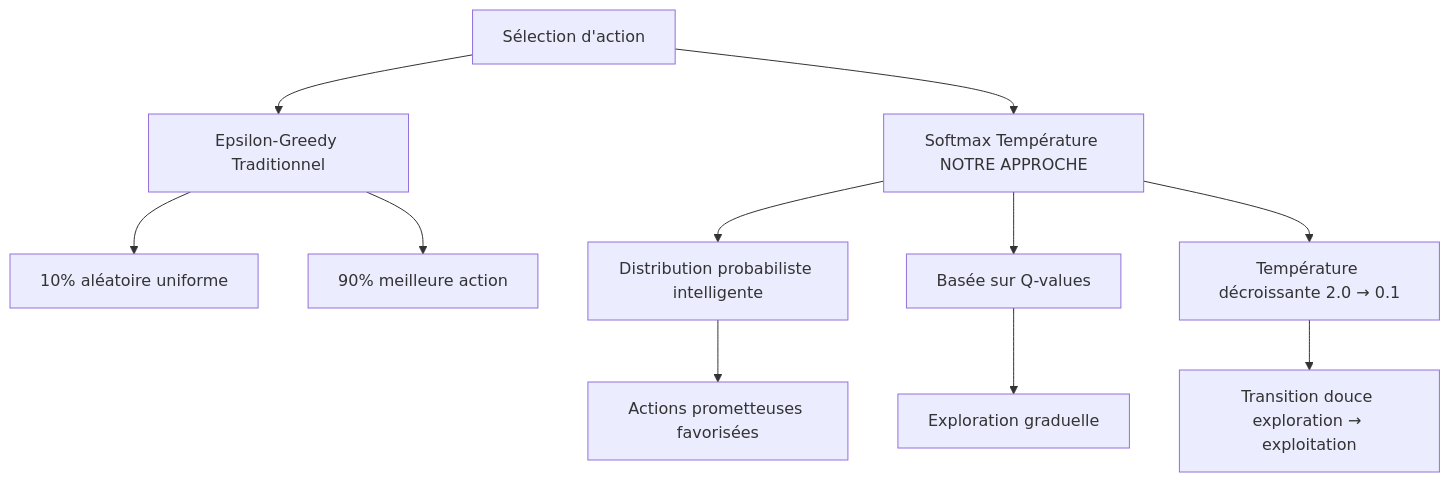
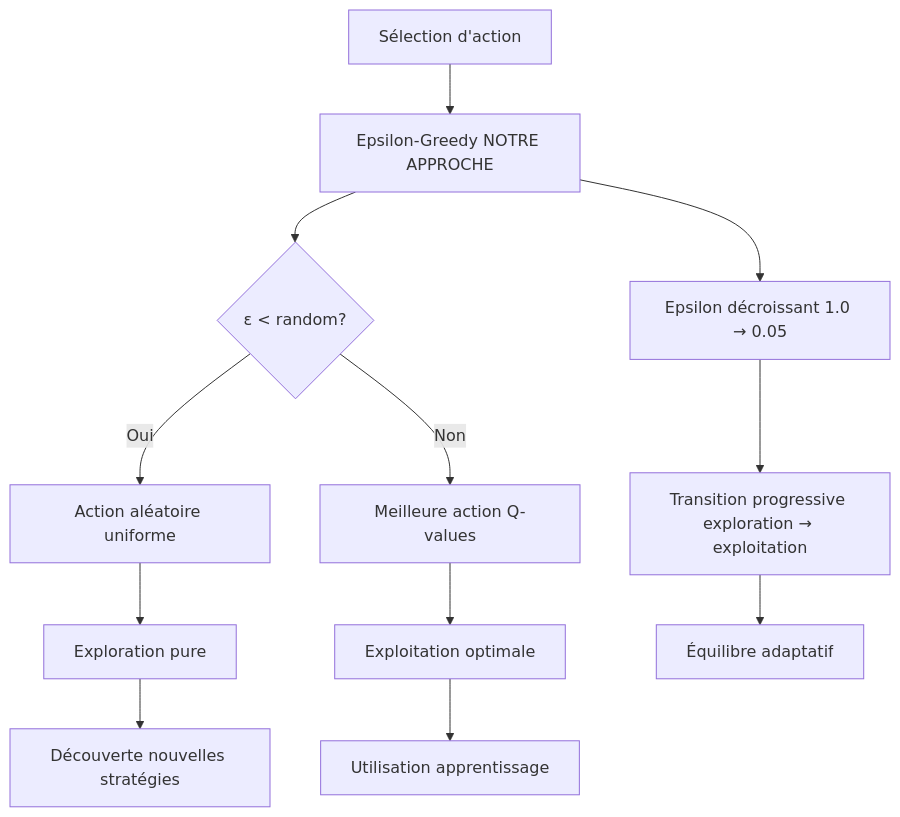
The third of 4 diagrams in README.MD (MatisAgr/DQN_TexasHoldEm_NoLimit), drawn with Mermaid before and after one commit. The commit also changed other lines of this file and 1 other file, not shown here.

Commit message:
Mise à jour de la documentation dans le README et ajustement de la méthode d'entraînement dans DQNAgent pour simplifier l'utilisation des callbacks.

````diff
--- a/README.MD
+++ b/README.MD
@@ -87,16 +101,18 @@
 ```mermaid
 graph TD
-    A[Sélection d'action] --> B[Epsilon-Greedy Traditionnel]
-    A --> C[Softmax Température NOTRE APPROCHE]
+    A[Sélection d'action] --> B[Epsilon-Greedy NOTRE APPROCHE]
     
-    B --> D[10% aléatoire uniforme]
-    B --> E[90% meilleure action]
+    B --> C{ε < random?}
+    C -->|Oui| D[Action aléatoire uniforme]
+    C -->|Non| E[Meilleure action Q-values]
     
-    C --> F[Distribution probabiliste intelligente]
-    C --> G[Basée sur Q-values]
-    C --> H[Température décroissante 2.0 → 0.1]
+    B --> F[Epsilon décroissant 1.0 → 0.05]
     
-    F --> I[Actions prometteuses favorisées]
-    G --> J[Exploration graduelle]
-    H --> K[Transition douce exploration → exploitation]
+    D --> G[Exploration pure]
+    E --> H[Exploitation optimale]
+    F --> I[Transition progressive exploration → exploitation]
+    
+    G --> J[Découverte nouvelles stratégies]
+    H --> K[Utilisation apprentissage]
+    I --> L[Équilibre adaptatif]
 ```
````
